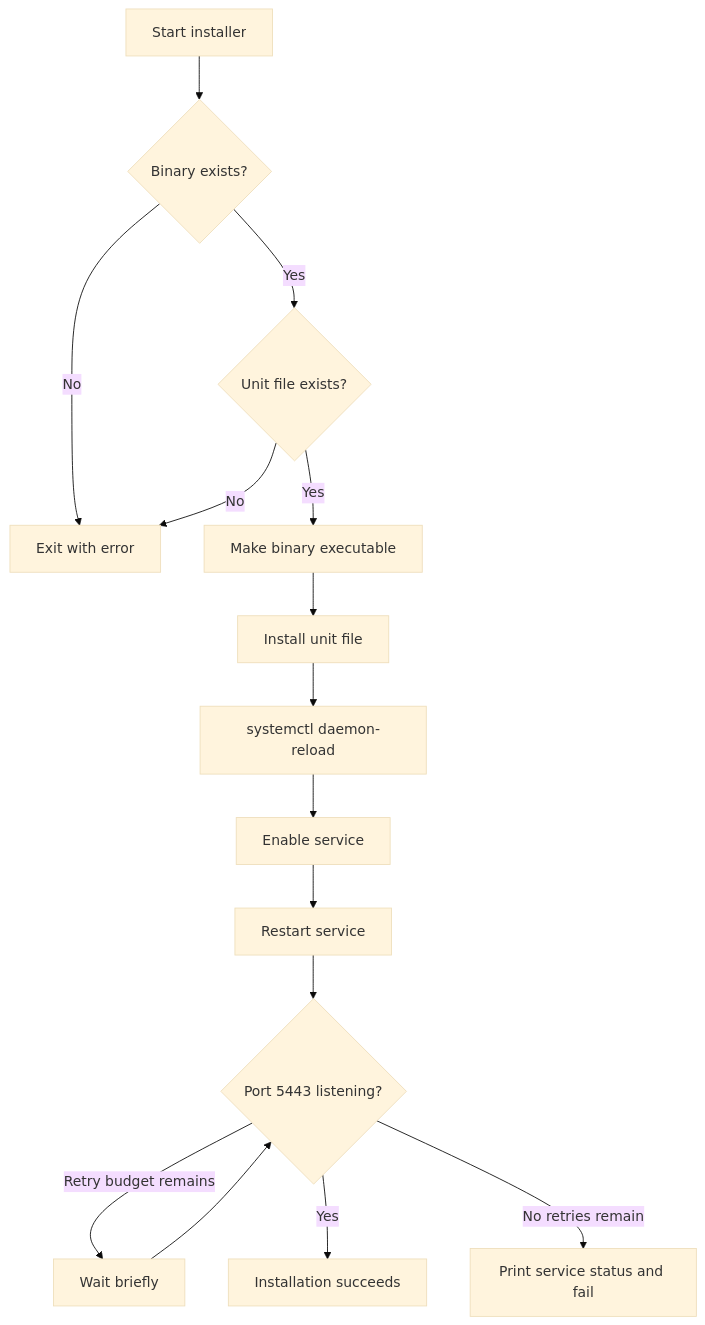
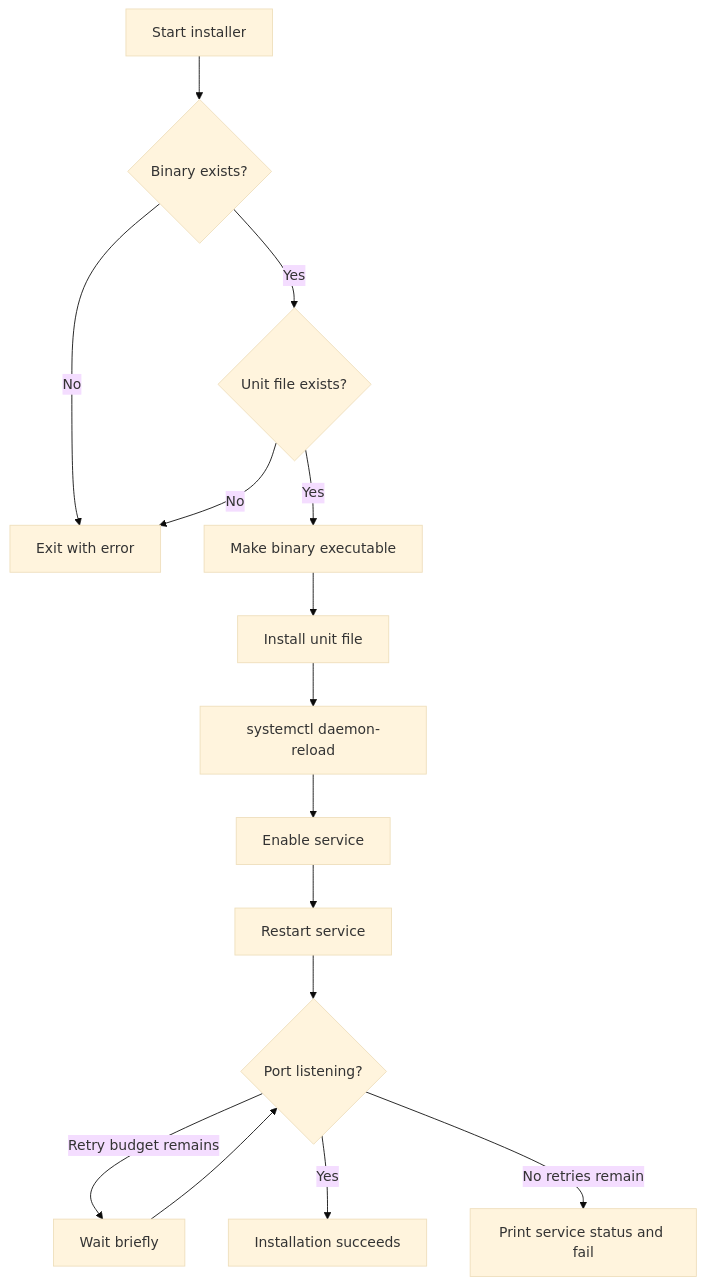
Before and after one commit to adelbordbari/adelbordbari.github.io: the fourth of 8 diagrams in _code/2026-06-27-grpc.md, drawn with Mermaid (base theme). The commit also changed other lines of this file, not shown here.

````diff
--- a/_code/2026-06-27-grpc.md
+++ b/_code/2026-06-27-grpc.md
@@ -231,17 +225,17 @@
 ```mermaid
 flowchart TD
     A[Start installer] --> B{Binary exists?}
     B -- No --> X[Exit with error]
     B -- Yes --> C{Unit file exists?}
     C -- No --> X
     C -- Yes --> D[Make binary executable]
     D --> E[Install unit file]
     E --> F[systemctl daemon-reload]
     F --> G[Enable service]
     G --> H[Restart service]
-    H --> I{Port 5443 listening?}
+    H --> I{Port listening?}
     I -- Retry budget remains --> J[Wait briefly]
     J --> I
     I -- Yes --> K[Installation succeeds]
     I -- No retries remain --> L[Print service status and fail]
 ```
````
